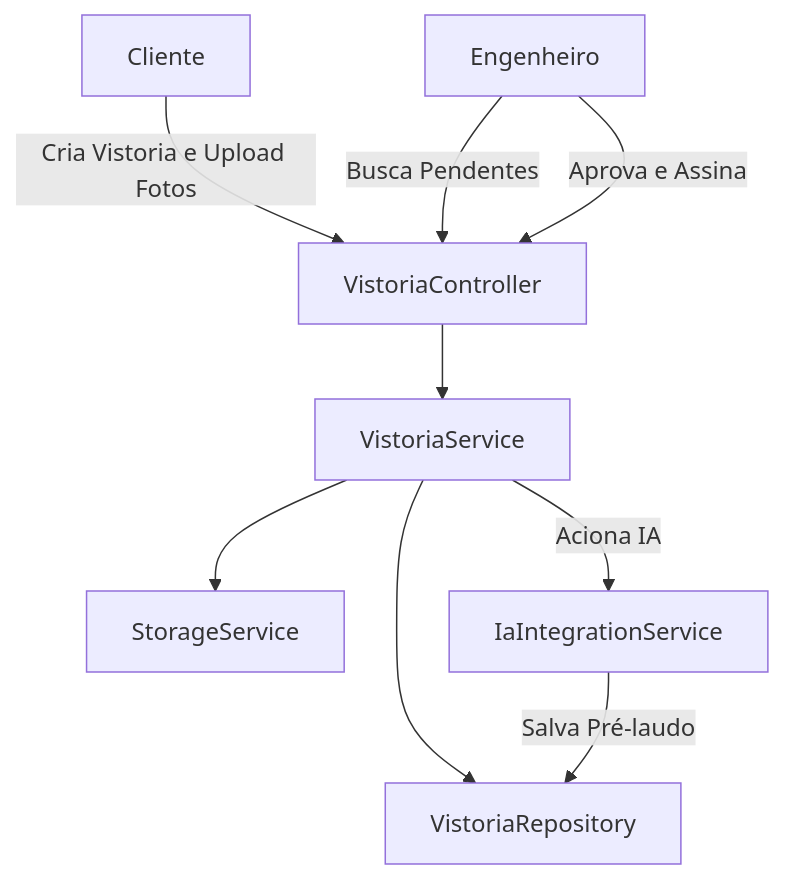
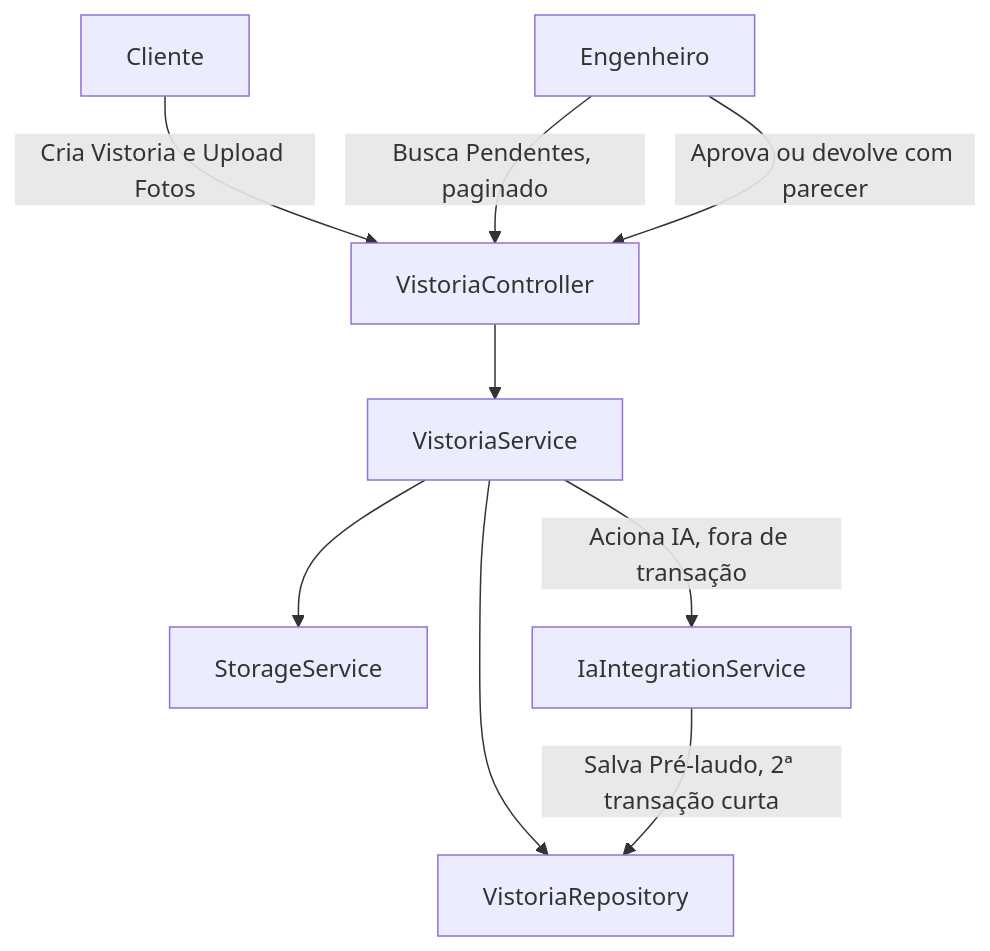
The diagram in app/.specs/features/gestao-vistorias/design.md (IA-Vistoria/vistoria-mvp), drawn with Mermaid before and after one commit. The commit also changed other lines of this file and 1 other file, not shown here.

````diff
--- a/app/.specs/features/gestao-vistorias/design.md
+++ b/app/.specs/features/gestao-vistorias/design.md
@@ -13,11 +15,11 @@
 ```mermaid
 graph TD
     A[Cliente] -->|Cria Vistoria e Upload Fotos| B[VistoriaController]
     B --> C[VistoriaService]
     C --> D[StorageService]
     C --> E[VistoriaRepository]
-    C -->|Aciona IA| F[IaIntegrationService]
-    F -->|Salva Pré-laudo| E
-    G[Engenheiro] -->|Busca Pendentes| B
-    G -->|Aprova e Assina| B
+    C -->|Aciona IA, fora de transação| F[IaIntegrationService]
+    F -->|Salva Pré-laudo, 2ª transação curta| E
+    G[Engenheiro] -->|Busca Pendentes, paginado| B
+    G -->|Aprova ou devolve com parecer| B
 ```
````
